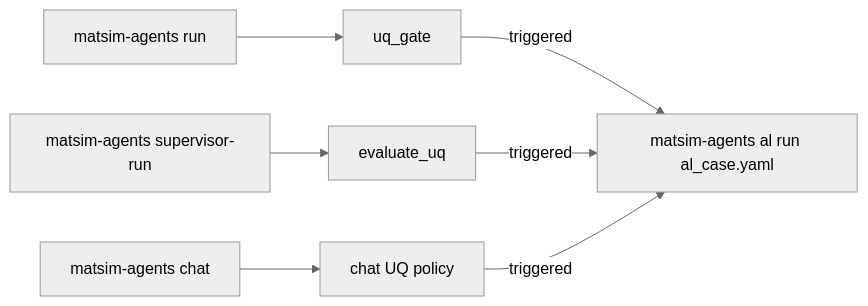
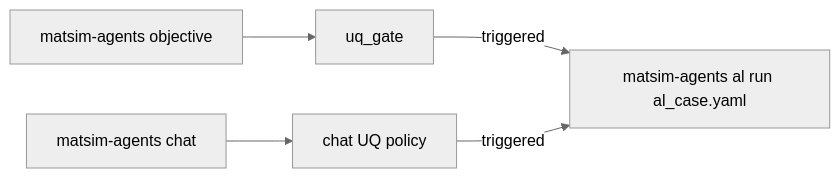
One commit to ORNL/matsim-agents changed the diagram in examples/paper_cases/README.md. Above: the diagram before and after it, drawn with Mermaid (neutral theme). The commit also changed other lines of this file and 705 other files, not shown here.

First line of the commit message:
Restructure matsim-agents into a general-purpose framework (#80)

````diff
--- a/examples/paper_cases/README.md
+++ b/examples/paper_cases/README.md
@@ -41,9 +38,7 @@
 ```mermaid
 flowchart LR
-  RG[matsim-agents run] --> RU[uq_gate]
-  SU[matsim-agents supervisor-run] --> SQ[evaluate_uq]
+  RG[matsim-agents objective] --> RU[uq_gate]
   CH[matsim-agents chat] --> CQ[chat UQ policy]
   RU -->|triggered| AL[matsim-agents al run al_case.yaml]
-  SQ -->|triggered| AL
   CQ -->|triggered| AL
 ```
````
